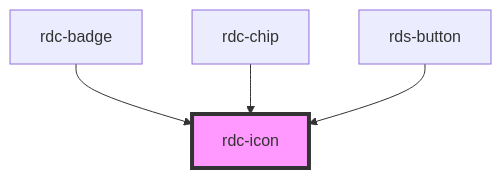
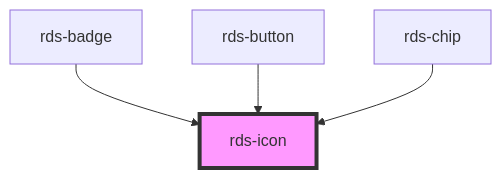
The diagram in src/components/icon/readme.md (codeavl/rangoli-ui), drawn with Mermaid before and after one commit. The commit also changed other lines of this file and 20 other files, not shown here.

````diff
--- a/src/components/icon/readme.md
+++ b/src/components/icon/readme.md
@@ -36,7 +36,7 @@
 ```mermaid
 graph TD;
-  rdc-badge --> rdc-icon
-  rdc-chip --> rdc-icon
-  rds-button --> rdc-icon
-  style rdc-icon fill:#f9f,stroke:#333,stroke-width:4px
+  rds-badge --> rds-icon
+  rds-button --> rds-icon
+  rds-chip --> rds-icon
+  style rds-icon fill:#f9f,stroke:#333,stroke-width:4px
 ```
````
